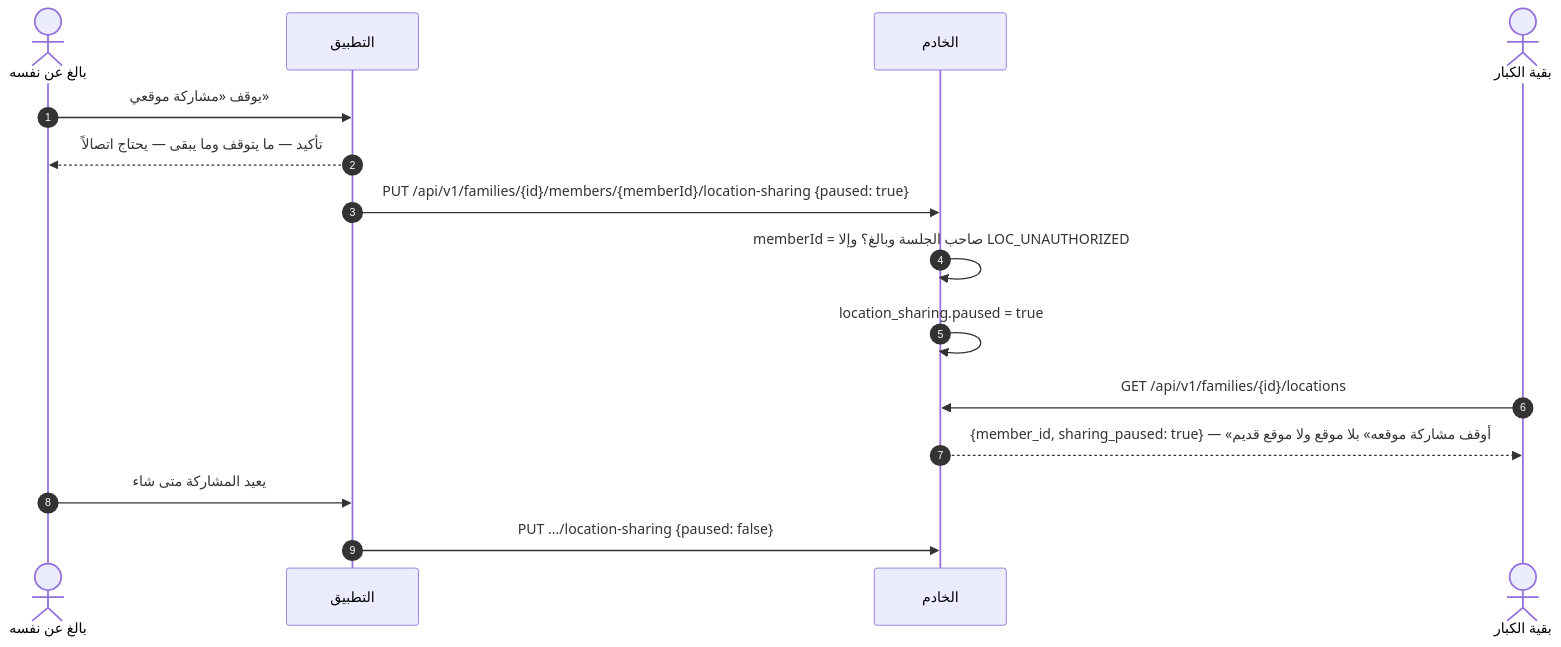
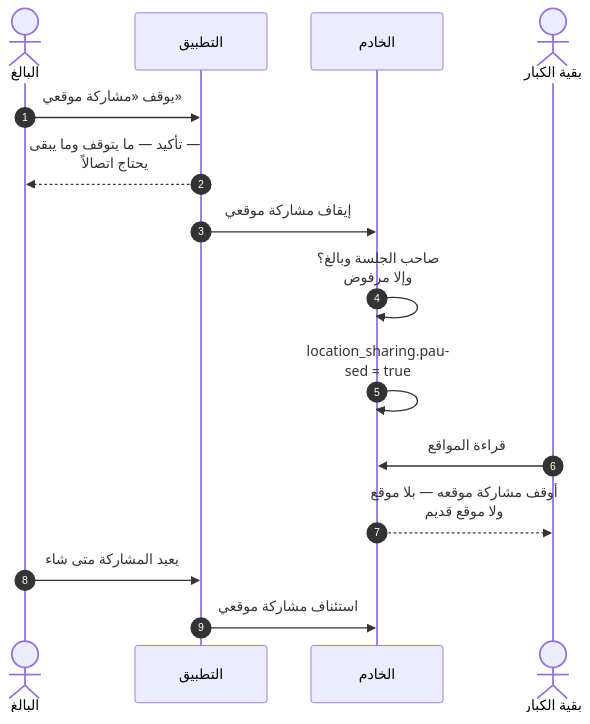
Before and after one commit to Bassam-mohammed-alqaeadi/family-os-v2: diagram 15 of 30 in docs/family-os/governance/phases/phase-1/S1-07-location-basic/DIAGRAMS.md, drawn with Mermaid. The commit also changed other lines of this file, not shown here.

````diff
--- a/docs/family-os/governance/phases/phase-1/S1-07-location-basic/DIAGRAMS.md
+++ b/docs/family-os/governance/phases/phase-1/S1-07-location-basic/DIAGRAMS.md
@@ -522,17 +614,18 @@
 ```mermaid
+    %%{init: {"sequence": {"wrap": true}}}%%
 sequenceDiagram
     autonumber
-    actor Adult as بالغ عن نفسه
-    participant Flutter as التطبيق
+    actor Adult as البالغ
+    participant App as التطبيق
     participant Ktor as الخادم
     actor Others as بقية الكبار
-    Adult->>Flutter: يوقف «مشاركة موقعي»
-    Flutter-->>Adult: تأكيد — ما يتوقف وما يبقى — يحتاج اتصالاً
-    Flutter->>Ktor: PUT /api/v1/families/{id}/members/{memberId}/location-sharing {paused: true}
-    Ktor->>Ktor: memberId = صاحب الجلسة وبالغ؟ وإلا LOC_UNAUTHORIZED
+    Adult->>App: يوقف «مشاركة موقعي»
+    App-->>Adult: تأكيد — ما يتوقف وما يبقى — يحتاج اتصالاً
+    App->>Ktor: إيقاف مشاركة موقعي
+    Ktor->>Ktor: صاحب الجلسة وبالغ؟ وإلا مرفوض
     Ktor->>Ktor: location_sharing.paused = true
-    Others->>Ktor: GET /api/v1/families/{id}/locations
-    Ktor-->>Others: {member_id, sharing_paused: true} — «أوقف مشاركة موقعه» بلا موقع ولا موقع قديم
-    Adult->>Flutter: يعيد المشاركة متى شاء
-    Flutter->>Ktor: PUT .../location-sharing {paused: false}
+    Others->>Ktor: قراءة المواقع
+    Ktor-->>Others: أوقف مشاركة موقعه — بلا موقع ولا موقع قديم
+    Adult->>App: يعيد المشاركة متى شاء
+    App->>Ktor: استئناف مشاركة موقعي
 ```
````
